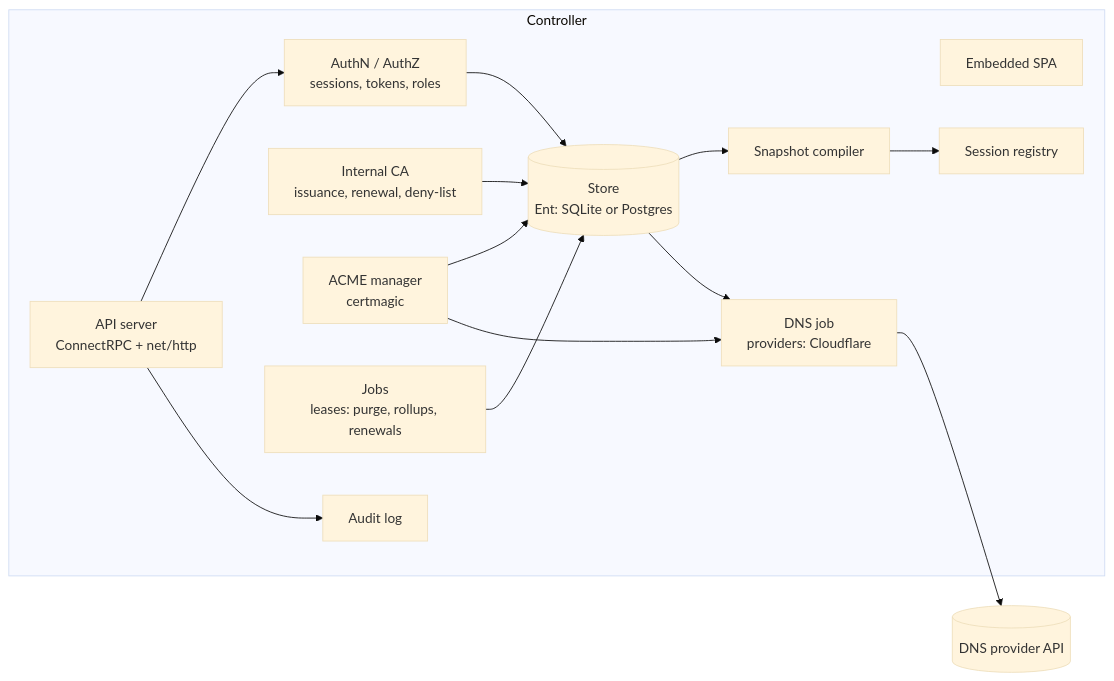
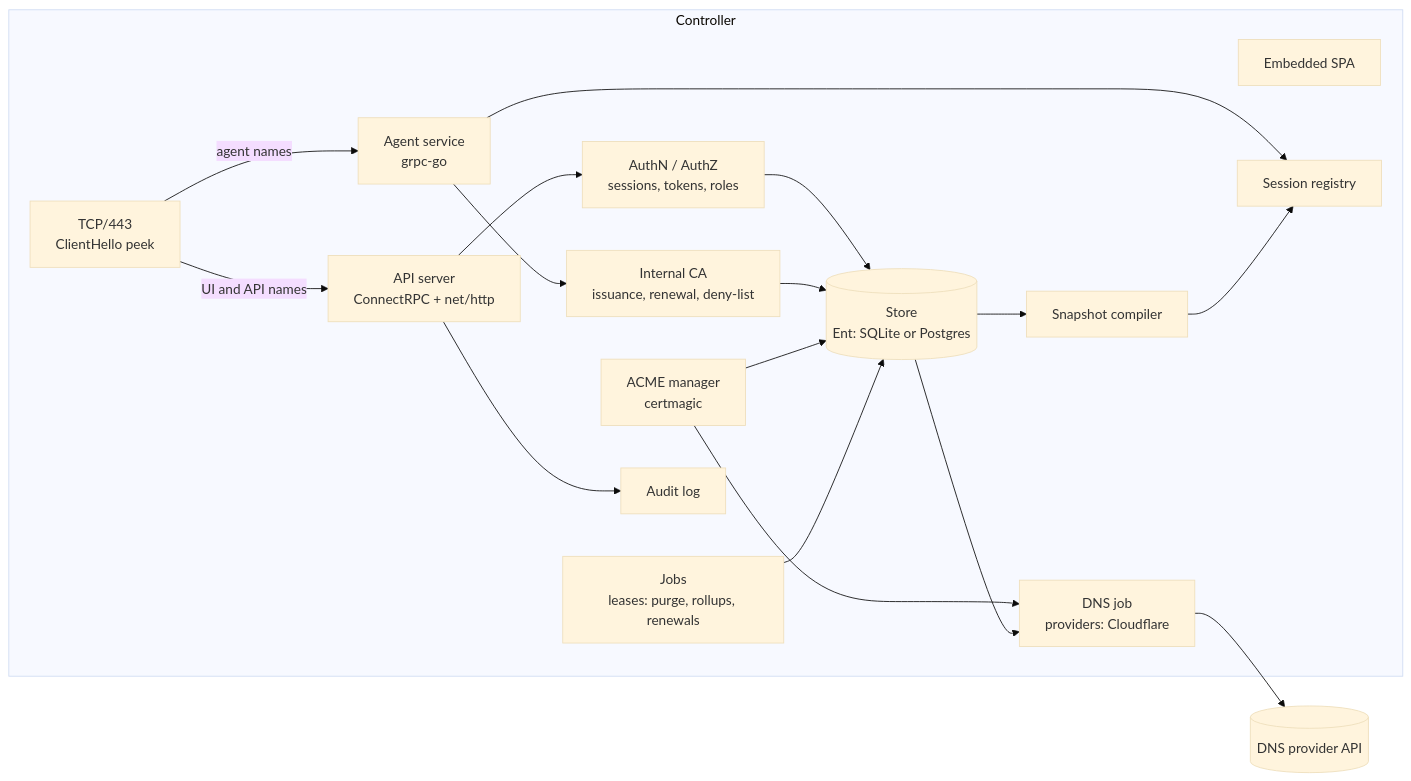
The second of 9 diagrams in docs/02-architecture.md (felix-homelab/rpmgr), drawn with Mermaid (base theme) before and after one commit. The commit also changed other lines of this file and 8 other files, not shown here.

First line of the commit message:
docs(adr): apply the S4 rule: grpc-go for the agent protocol

````diff
--- a/docs/02-architecture.md
+++ b/docs/02-architecture.md
@@ -77,25 +77,31 @@
 ```mermaid
 flowchart LR
   subgraph Controller
+    L443[TCP/443<br/>ClientHello peek]
     API[API server<br/>ConnectRPC + net/http]
+    AGT[Agent service<br/>grpc-go]
     UI[Embedded SPA]
     AUTH[AuthN / AuthZ<br/>sessions, tokens, roles]
     STORE[(Store<br/>Ent: SQLite or Postgres)]
     COMP[Snapshot compiler]
     REG[Session registry]
     CA[Internal CA<br/>issuance, renewal, deny-list]
     ACME[ACME manager<br/>certmagic]
     JOBS[Jobs<br/>leases: purge, rollups, renewals]
     DNS[DNS job<br/>providers: Cloudflare]
     AUDIT[Audit log]
   end
+  L443 -->|UI and API names| API
+  L443 -->|agent names| AGT
   API --> AUTH --> STORE
   API --> AUDIT
+  AGT --> REG
+  AGT --> CA
   STORE --> COMP --> REG
   CA --> STORE
   ACME --> STORE
   ACME --> DNS
   JOBS --> STORE
   STORE --> DNS
   DNS --> PROV[(DNS provider API)]
 ```
````
